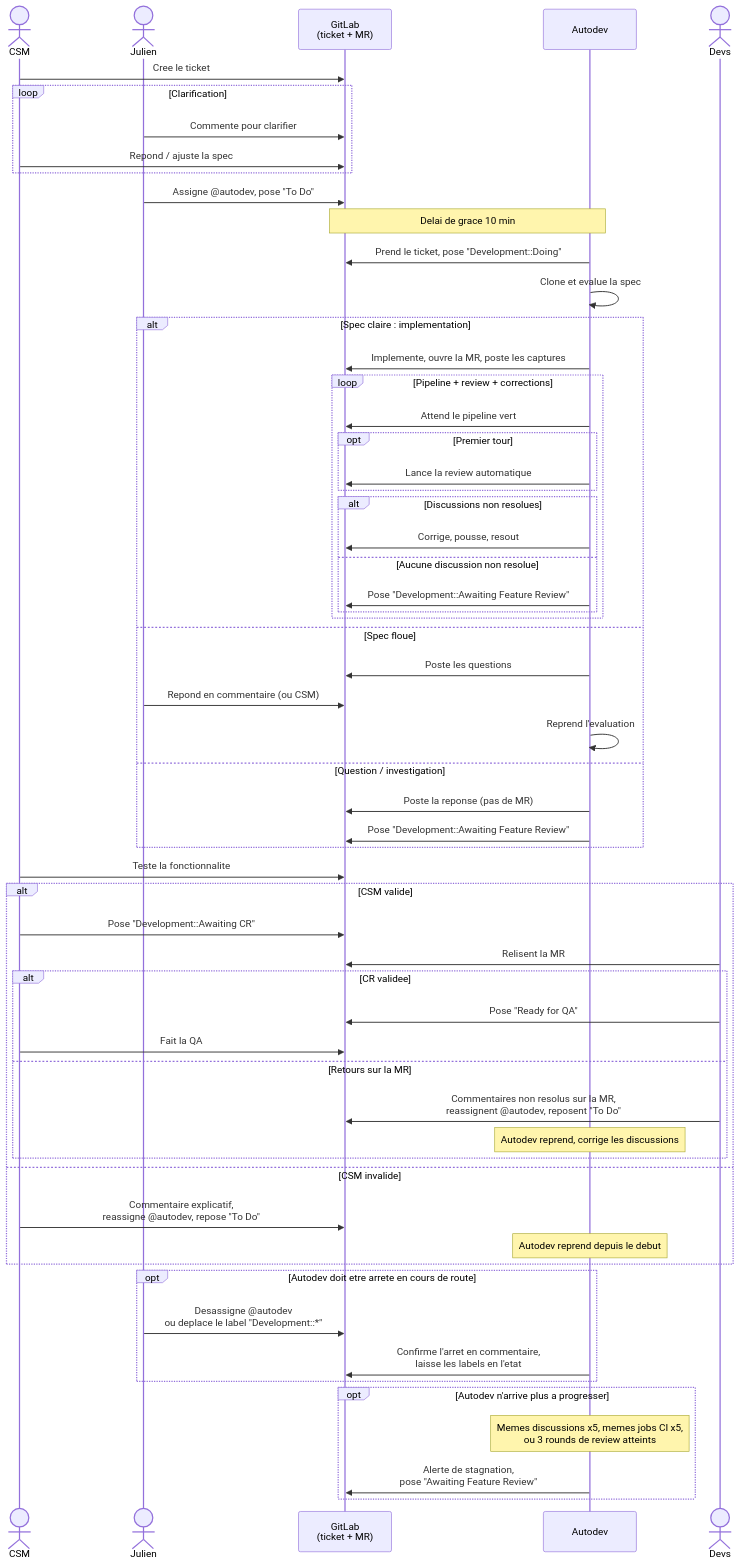
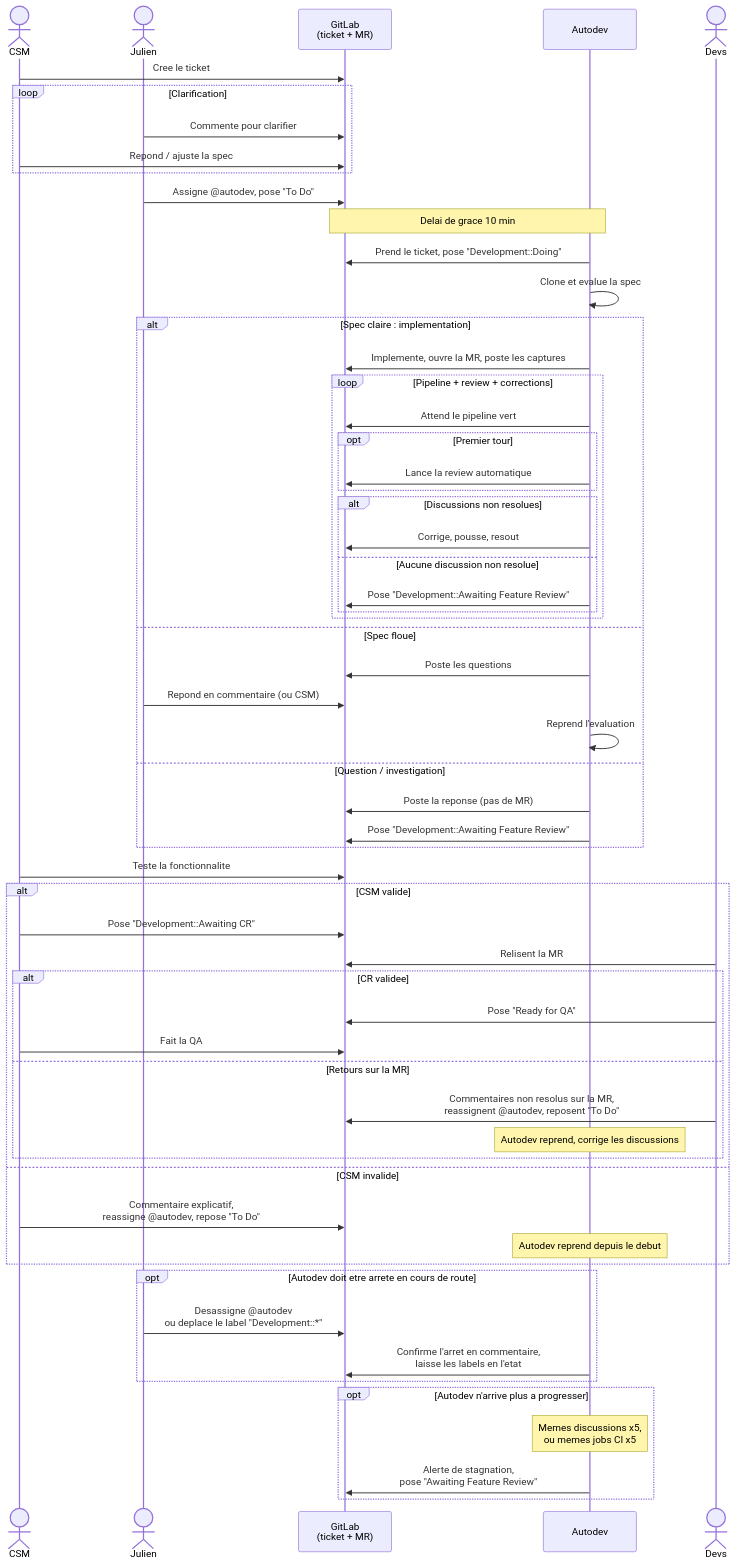
One commit to moduloTech/autodev changed the diagram in docs/powerpanne-lifecycle.md. Above: the diagram before and after it, drawn with Mermaid. The commit also changed other lines of this file and 10 other files, not shown here.

````diff
--- a/docs/powerpanne-lifecycle.md
+++ b/docs/powerpanne-lifecycle.md
@@ -169,67 +168,67 @@
 ```{.mermaid format=svg}
 sequenceDiagram
     actor CSM
     actor Julien
     participant GL as GitLab<br/>(ticket + MR)
     participant AD as Autodev
     actor Devs
 
     CSM->>GL: Cree le ticket
     loop Clarification
         Julien->>GL: Commente pour clarifier
         CSM->>GL: Repond / ajuste la spec
     end
     Julien->>GL: Assigne @autodev, pose "To Do"
 
     Note over GL,AD: Delai de grace 10 min
     AD->>GL: Prend le ticket, pose "Development::Doing"
     AD->>AD: Clone et evalue la spec
 
     alt Spec claire : implementation
         AD->>GL: Implemente, ouvre la MR, poste les captures
         loop Pipeline + review + corrections
             AD->>GL: Attend le pipeline vert
             opt Premier tour
                 AD->>GL: Lance la review automatique
             end
             alt Discussions non resolues
                 AD->>GL: Corrige, pousse, resout
             else Aucune discussion non resolue
                 AD->>GL: Pose "Development::Awaiting Feature Review"
             end
         end
     else Spec floue
         AD->>GL: Poste les questions
         Julien->>GL: Repond en commentaire (ou CSM)
         AD->>AD: Reprend l'evaluation
     else Question / investigation
         AD->>GL: Poste la reponse (pas de MR)
         AD->>GL: Pose "Development::Awaiting Feature Review"
     end
 
     CSM->>GL: Teste la fonctionnalite
     alt CSM valide
         CSM->>GL: Pose "Development::Awaiting CR"
         Devs->>GL: Relisent la MR
         alt CR validee
             Devs->>GL: Pose "Ready for QA"
             CSM->>GL: Fait la QA
         else Retours sur la MR
             Devs->>GL: Commentaires non resolus sur la MR,<br/>reassignent @autodev, reposent "To Do"
             Note over AD: Autodev reprend, corrige les discussions
         end
     else CSM invalide
         CSM->>GL: Commentaire explicatif,<br/>reassigne @autodev, repose "To Do"
         Note over AD: Autodev reprend depuis le debut
     end
 
     opt Autodev doit etre arrete en cours de route
         Julien->>GL: Desassigne @autodev<br/>ou deplace le label "Development::*"
         AD->>GL: Confirme l'arret en commentaire,<br/>laisse les labels en l'etat
     end
 
     opt Autodev n'arrive plus a progresser
-        Note over AD: Memes discussions x5, memes jobs CI x5,<br/>ou 3 rounds de review atteints
+        Note over AD: Memes discussions x5,<br/>ou memes jobs CI x5
         AD->>GL: Alerte de stagnation,<br/>pose "Awaiting Feature Review"
     end
 ```
````
